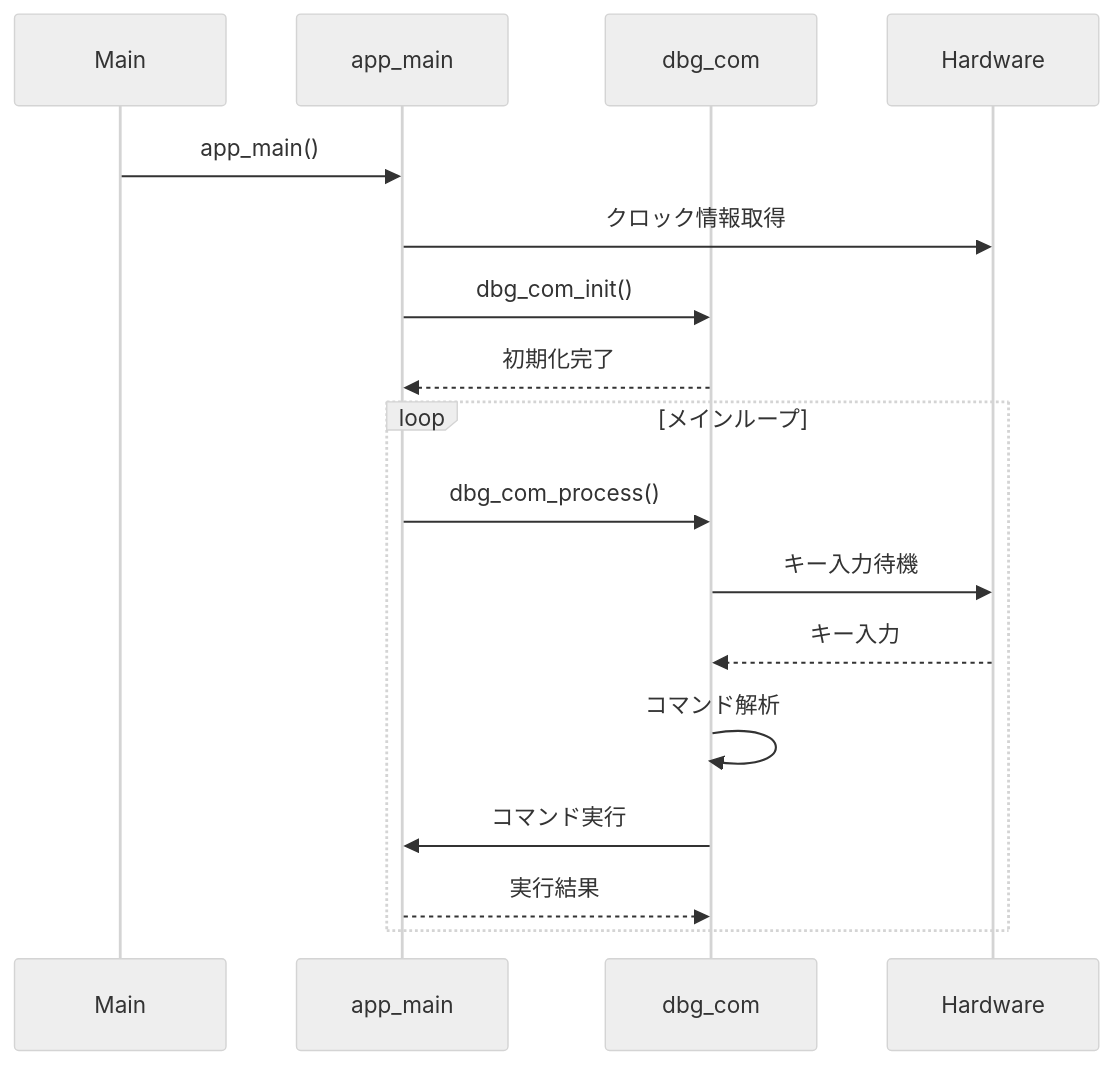
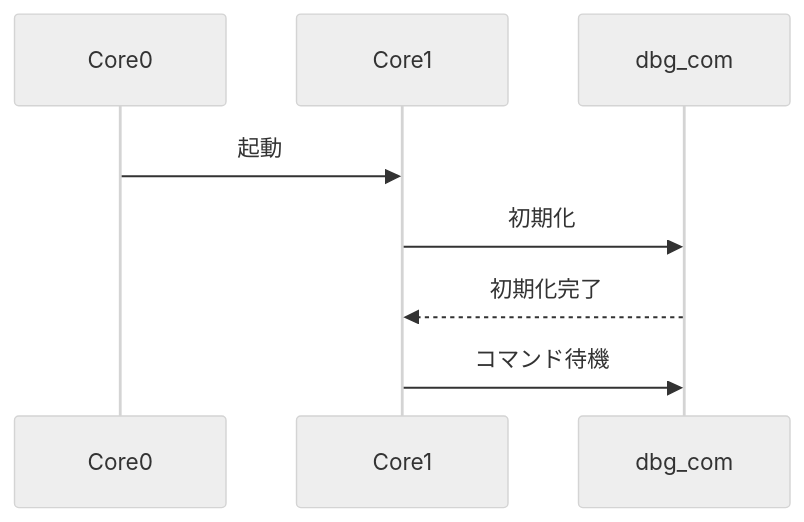
One commit to Chimipupu/rp2350_dev changed the second of 3 diagrams in doc/設計書/pj_design_rp2350.md. Above: the diagram before and after it, drawn with Mermaid (neutral theme). The commit also changed other lines of this file and 1 other file, not shown here.

````diff
--- a/doc/設計書/pj_design_rp2350.md
+++ b/doc/設計書/pj_design_rp2350.md
@@ -26,20 +28,11 @@
 ```mermaid
 sequenceDiagram
-    participant Main
-    participant app_main
+    participant Core0
+    participant Core1
     participant dbg_com
-    participant Hardware
-
-    Main->>app_main: app_main()
-    app_main->>Hardware: クロック情報取得
-    app_main->>dbg_com: dbg_com_init()
-    dbg_com-->>app_main: 初期化完了
-    loop メインループ
-        app_main->>dbg_com: dbg_com_process()
-        dbg_com->>Hardware: キー入力待機
-        Hardware-->>dbg_com: キー入力
-        dbg_com->>dbg_com: コマンド解析
-        dbg_com->>app_main: コマンド実行
-        app_main-->>dbg_com: 実行結果
-    end
+    
+    Core0->>Core1: 起動
+    Core1->>dbg_com: 初期化
+    dbg_com-->>Core1: 初期化完了
+    Core1->>dbg_com: コマンド待機
 ```
````
